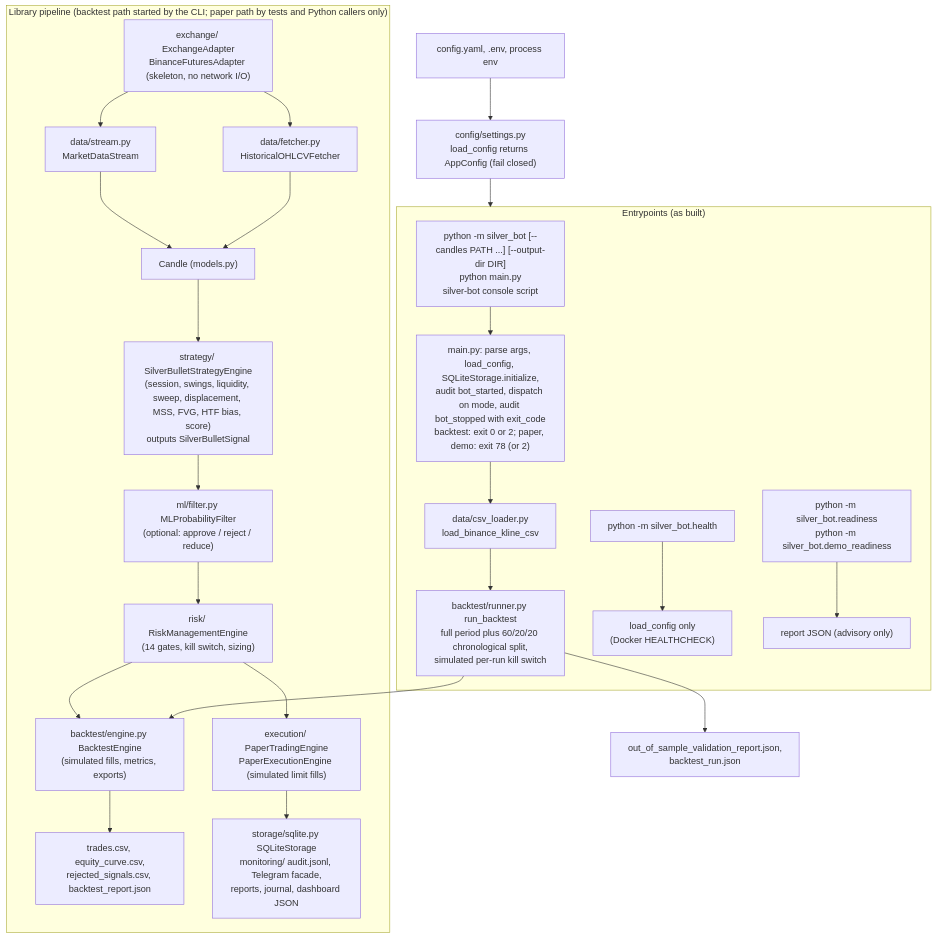
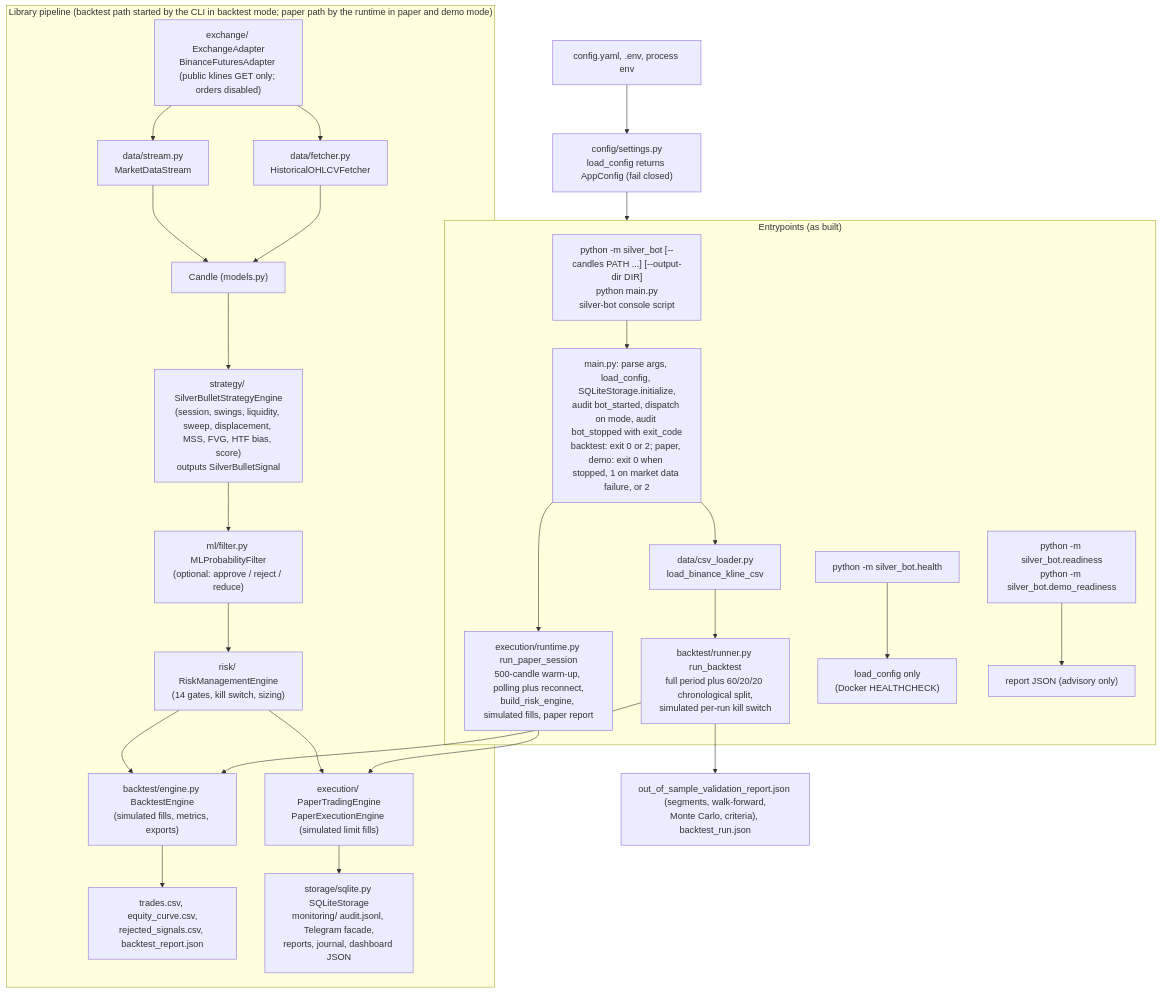
One commit to ceezey/SILVR changed the first of 5 diagrams in docs/sdd-silverbot.md. Above: the diagram before and after it, drawn with Mermaid. The commit also changed other lines of this file and 23 other files, not shown here.

````diff
--- a/docs/sdd-silverbot.md
+++ b/docs/sdd-silverbot.md
@@ -35,40 +35,42 @@
 ```mermaid
 flowchart TD
     SRC["config.yaml, .env, process env"] --> CFG["config/settings.py<br/>load_config returns AppConfig (fail closed)"]
 
     subgraph EP["Entrypoints (as built)"]
-        E1["python -m silver_bot [--candles PATH ...] [--output-dir DIR]<br/>python main.py<br/>silver-bot console script"] --> M1["main.py: parse args, load_config, SQLiteStorage.initialize,<br/>audit bot_started, dispatch on mode, audit bot_stopped with exit_code<br/>backtest: exit 0 or 2; paper, demo: exit 78 (or 2)"]
+        E1["python -m silver_bot [--candles PATH ...] [--output-dir DIR]<br/>python main.py<br/>silver-bot console script"] --> M1["main.py: parse args, load_config, SQLiteStorage.initialize,<br/>audit bot_started, dispatch on mode, audit bot_stopped with exit_code<br/>backtest: exit 0 or 2; paper, demo: exit 0 when stopped, 1 on market data failure, or 2"]
         M1 --> CSV["data/csv_loader.py<br/>load_binance_kline_csv"]
+        M1 --> RT["execution/runtime.py run_paper_session<br/>500-candle warm-up, polling plus reconnect,<br/>build_risk_engine, simulated fills, paper report"]
         CSV --> RUN["backtest/runner.py run_backtest<br/>full period plus 60/20/20 chronological split,<br/>simulated per-run kill switch"]
         E2["python -m silver_bot.health"] --> M2["load_config only<br/>(Docker HEALTHCHECK)"]
         E3["python -m silver_bot.readiness<br/>python -m silver_bot.demo_readiness"] --> M3["report JSON (advisory only)"]
     end
     CFG --> EP
 
-    subgraph LP["Library pipeline (backtest path started by the CLI; paper path by tests and Python callers only)"]
-        ADP["exchange/ ExchangeAdapter<br/>BinanceFuturesAdapter (skeleton, no network I/O)"]
+    subgraph LP["Library pipeline (backtest path started by the CLI in backtest mode; paper path by the runtime in paper and demo mode)"]
+        ADP["exchange/ ExchangeAdapter<br/>BinanceFuturesAdapter (public klines GET only; orders disabled)"]
         STR["data/stream.py<br/>MarketDataStream"]
         FET["data/fetcher.py<br/>HistoricalOHLCVFetcher"]
         CAN["Candle (models.py)"]
         SBE["strategy/ SilverBulletStrategyEngine<br/>(session, swings, liquidity, sweep, displacement, MSS, FVG, HTF bias, score)<br/>outputs SilverBulletSignal"]
         MLF["ml/filter.py MLProbabilityFilter<br/>(optional: approve / reject / reduce)"]
         RSK["risk/ RiskManagementEngine<br/>(14 gates, kill switch, sizing)"]
         BT["backtest/engine.py BacktestEngine<br/>(simulated fills, metrics, exports)"]
         PT["execution/ PaperTradingEngine<br/>PaperExecutionEngine (simulated limit fills)"]
         OUT1["trades.csv, equity_curve.csv,<br/>rejected_signals.csv, backtest_report.json"]
         OUT2["storage/sqlite.py SQLiteStorage<br/>monitoring/ audit.jsonl, Telegram facade,<br/>reports, journal, dashboard JSON"]
         ADP --> STR
         ADP --> FET
         STR --> CAN
         FET --> CAN
         CAN --> SBE
         SBE --> MLF
         MLF --> RSK
         RSK --> BT
         RSK --> PT
         BT --> OUT1
         PT --> OUT2
     end
     RUN --> BT
-    RUN --> OUT3["out_of_sample_validation_report.json,<br/>backtest_run.json"]
+    RT --> PT
+    RUN --> OUT3["out_of_sample_validation_report.json (segments, walk-forward,<br/>Monte Carlo, criteria), backtest_run.json"]
 ```
````
